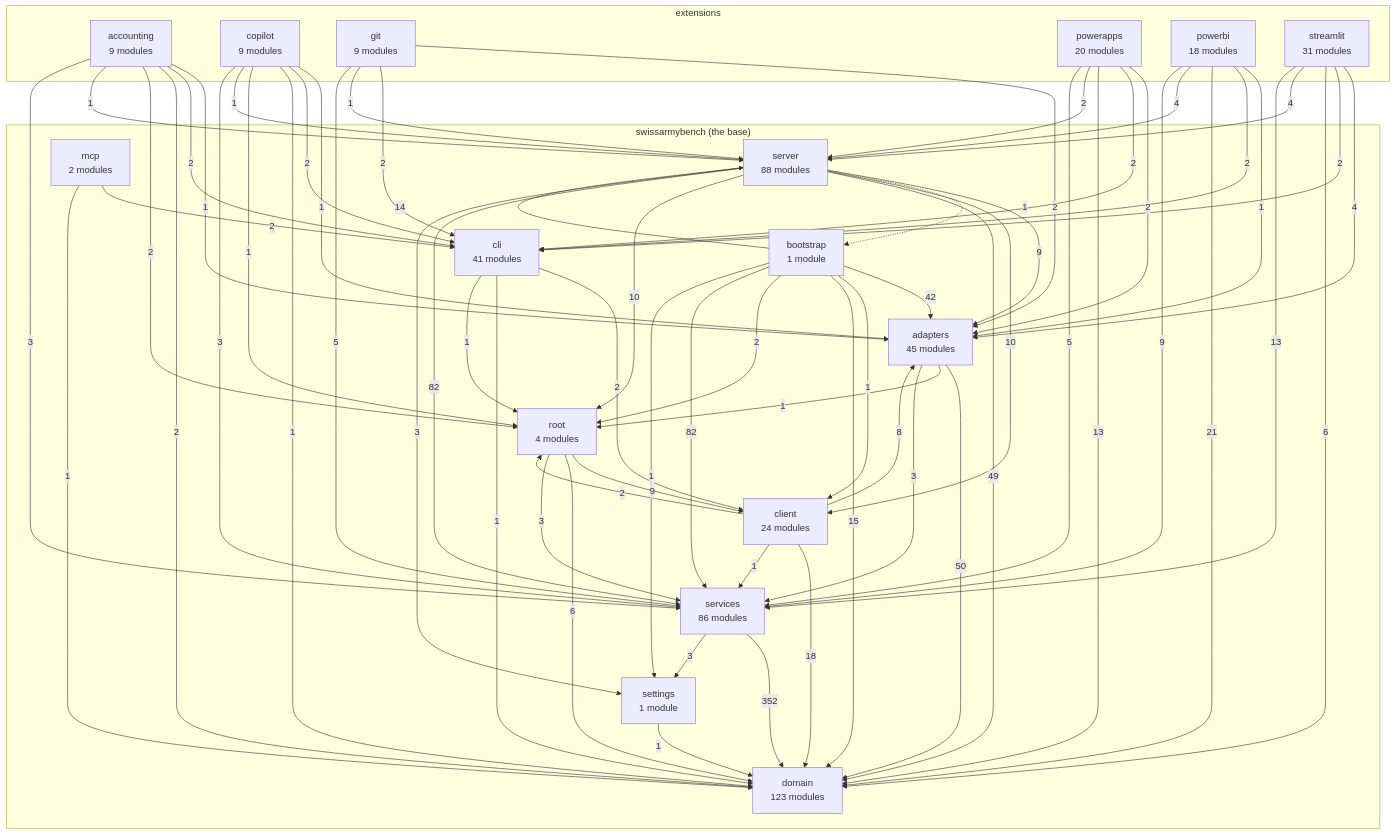
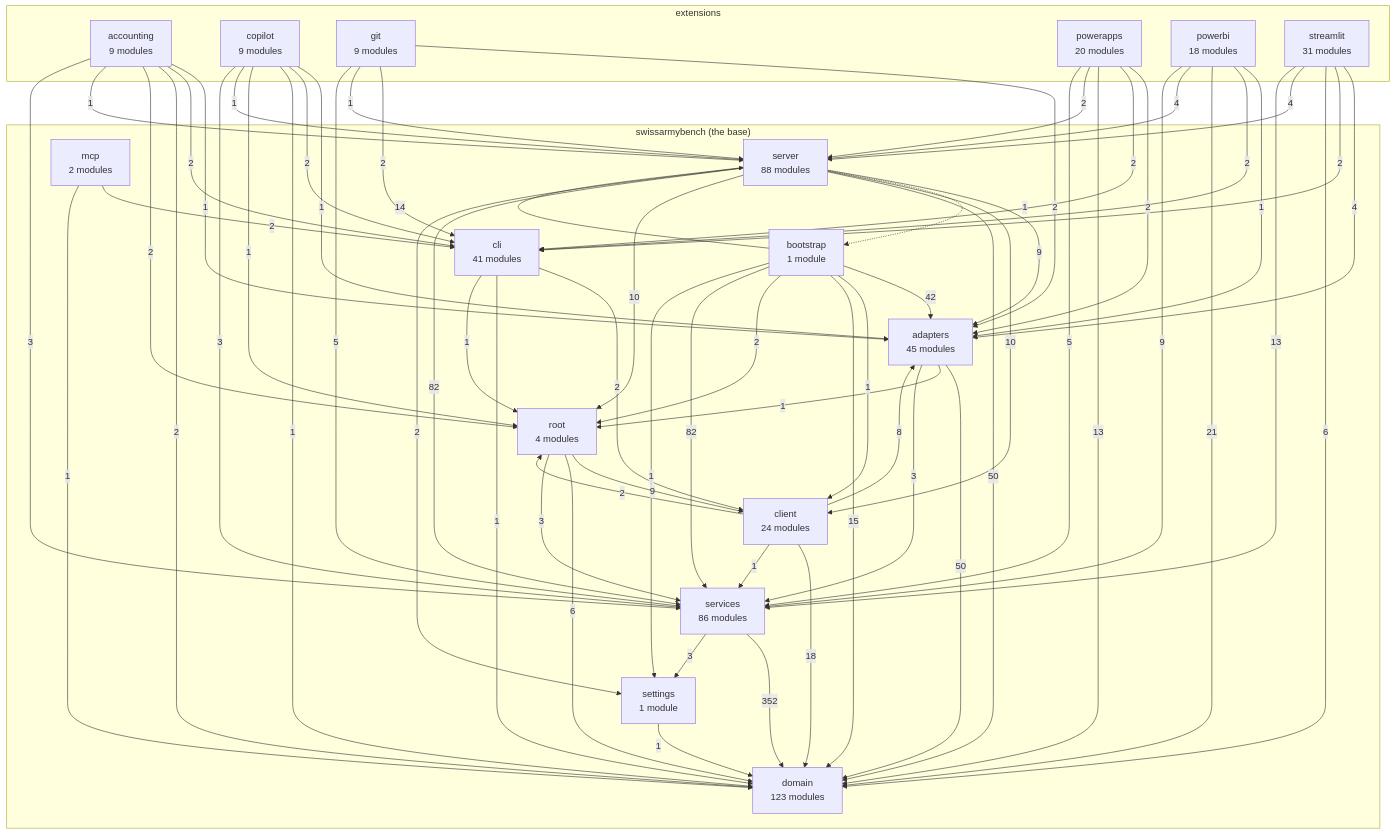
The diagram in docs/architecture-map.md (DylanCodyBrown/SwissArmyBench), drawn with Mermaid before and after one commit. The commit also changed other lines of this file and 207 other files, not shown here.

```diff
--- a/docs/architecture-map.md
+++ b/docs/architecture-map.md
@@ -92,10 +92,10 @@
     server -->|9| adapters
     server -.->|1| bootstrap
     server -->|10| client
-    server -->|49| domain
+    server -->|50| domain
     server -->|10| root
     server -->|82| services
-    server -->|3| settings
+    server -->|2| settings
     services -->|352| domain
     services -->|3| settings
     settings -->|1| domain
```
